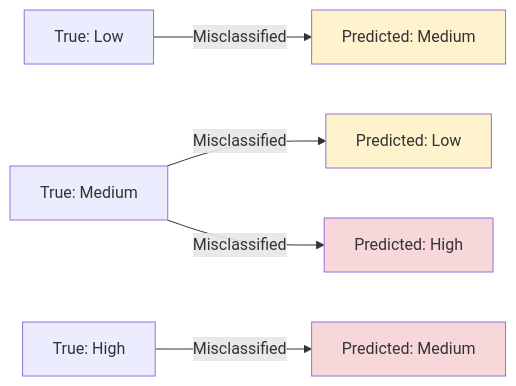
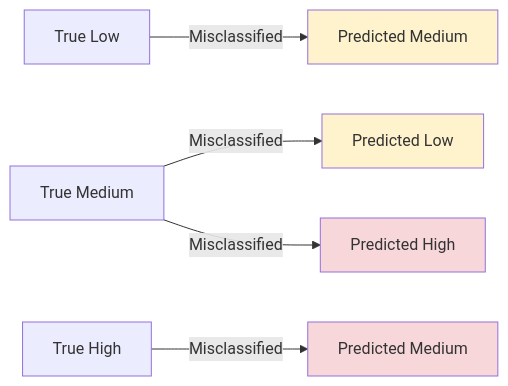
Before and after one commit to Khizar525/edurisk-ai: the diagram in docs/results.md, drawn with Mermaid. The commit also changed other lines of this file and 11 other files, not shown here.

First line of the commit message:
feat: replace AI charts with real data-driven visualizations

````diff
--- a/docs/results.md
+++ b/docs/results.md
@@ -109,12 +74,12 @@
 ```mermaid
 graph LR
-    A[True: Low] -->|Misclassified| B[Predicted: Medium]
-    C[True: Medium] -->|Misclassified| D[Predicted: Low]
-    C -->|Misclassified| E[Predicted: High]
-    F[True: High] -->|Misclassified| G[Predicted: Medium]
-    
+    A[True Low] -->|Misclassified| B[Predicted Medium]
+    C[True Medium] -->|Misclassified| D[Predicted Low]
+    C -->|Misclassified| E[Predicted High]
+    F[True High] -->|Misclassified| G[Predicted Medium]
+
     style B fill:#fff3cd
     style D fill:#fff3cd
     style E fill:#f8d7da
     style G fill:#f8d7da
 ```
````
